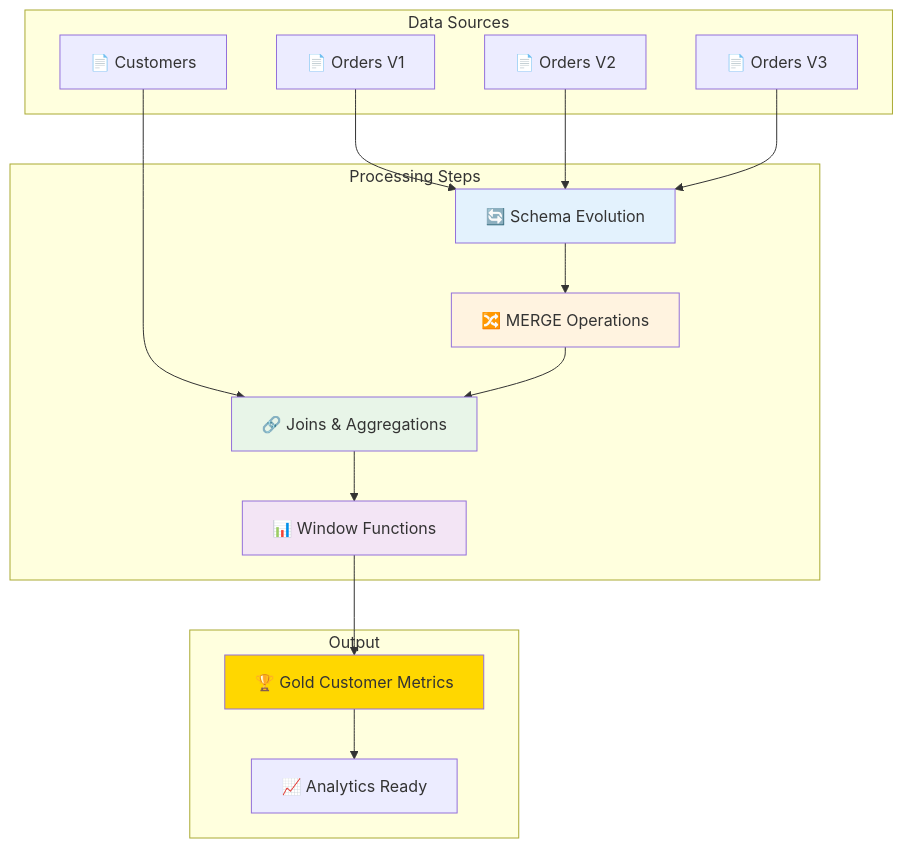
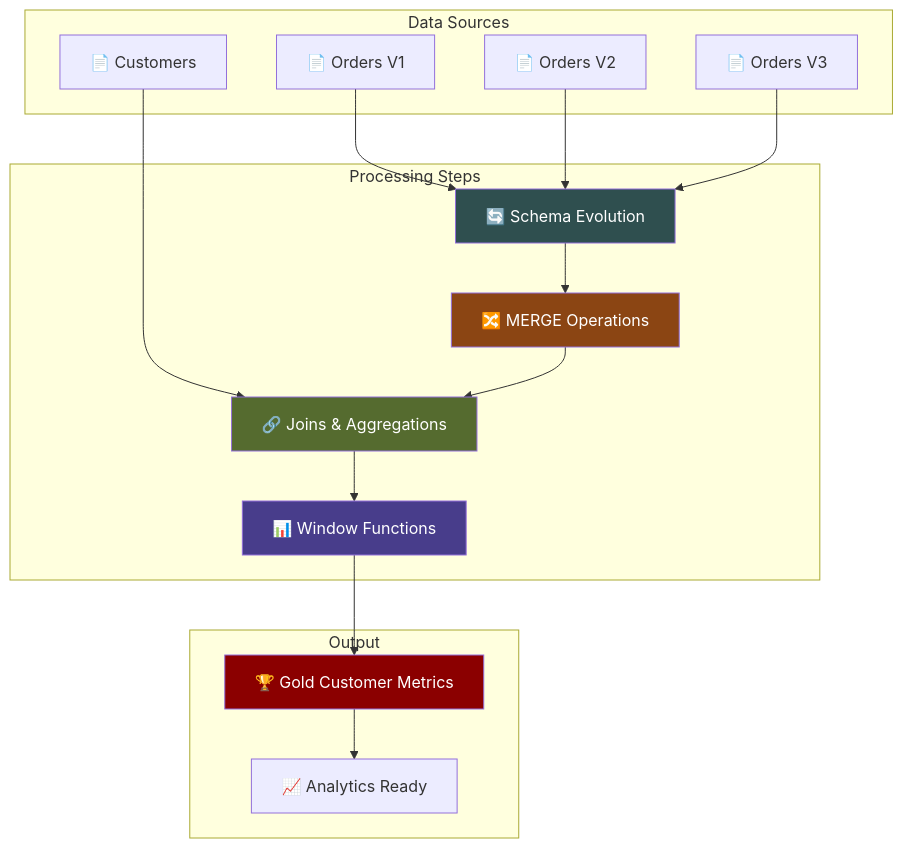
One commit to mnclogenai/clogenai_academy_data_eng_training changed the seventh of 8 diagrams in week4/week4.md. Above: the diagram before and after it, drawn with Mermaid. The commit also changed other lines of this file, not shown here.

````diff
--- a/week4/week4.md
+++ b/week4/week4.md
@@ -331,38 +376,38 @@
 ```mermaid
 flowchart TD
     subgraph "Data Sources"
         A1["📄 Orders V1"]
         A2["📄 Orders V2"]
         A3["📄 Orders V3"]
         A4["📄 Customers"]
     end
     
     subgraph "Processing Steps"
         B1["🔄 Schema Evolution"]
         B2["🔀 MERGE Operations"]
         B3["🔗 Joins & Aggregations"]
         B4["📊 Window Functions"]
     end
     
     subgraph "Output"
         C1["🏆 Gold Customer Metrics"]
         C2["📈 Analytics Ready"]
     end
     
     A1 --> B1
     A2 --> B1
     A3 --> B1
     A4 --> B3
     
     B1 --> B2
     B2 --> B3
     B3 --> B4
     B4 --> C1
     C1 --> C2
     
-    style B1 fill:#e3f2fd
-    style B2 fill:#fff3e0
-    style B3 fill:#e8f5e8
-    style B4 fill:#f3e5f5
-    style C1 fill:#ffd700
+    style B1 fill:#2F4F4F,color:#fff
+    style B2 fill:#8B4513,color:#fff
+    style B3 fill:#556B2F,color:#fff
+    style B4 fill:#483D8B,color:#fff
+    style C1 fill:#8B0000,color:#fff
 ```
````
